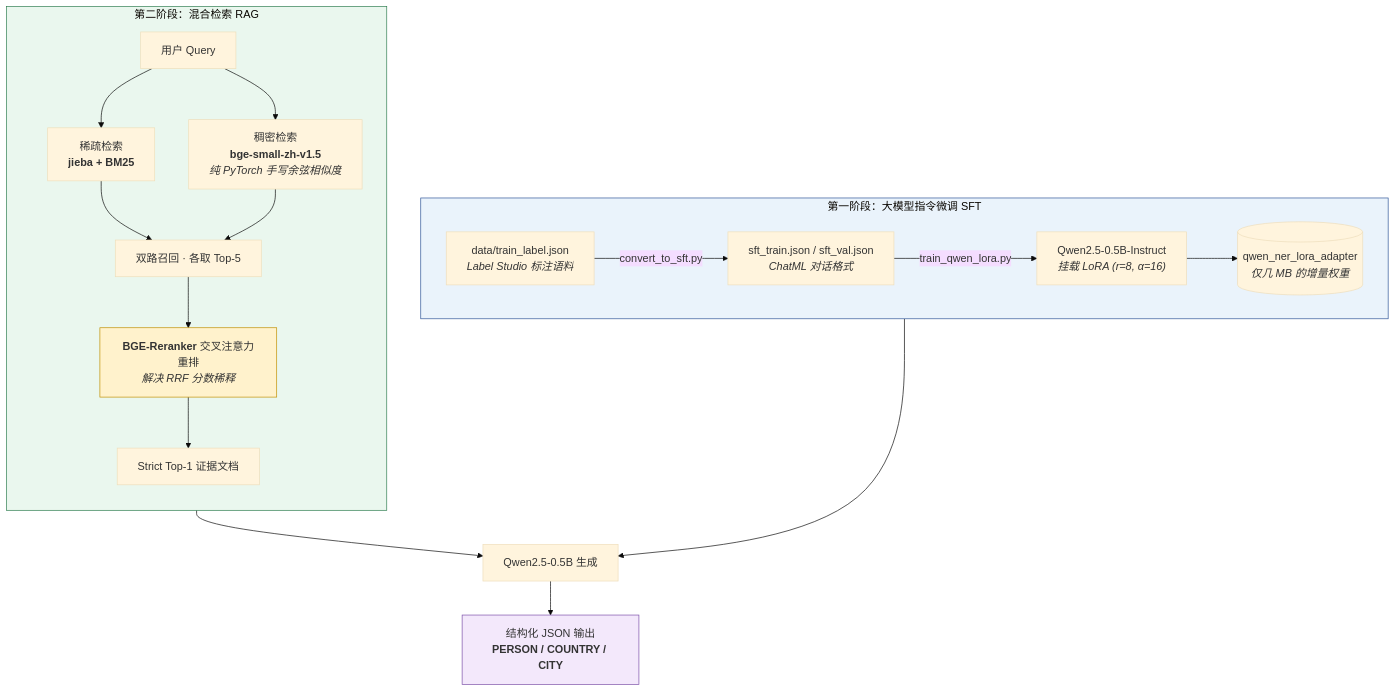
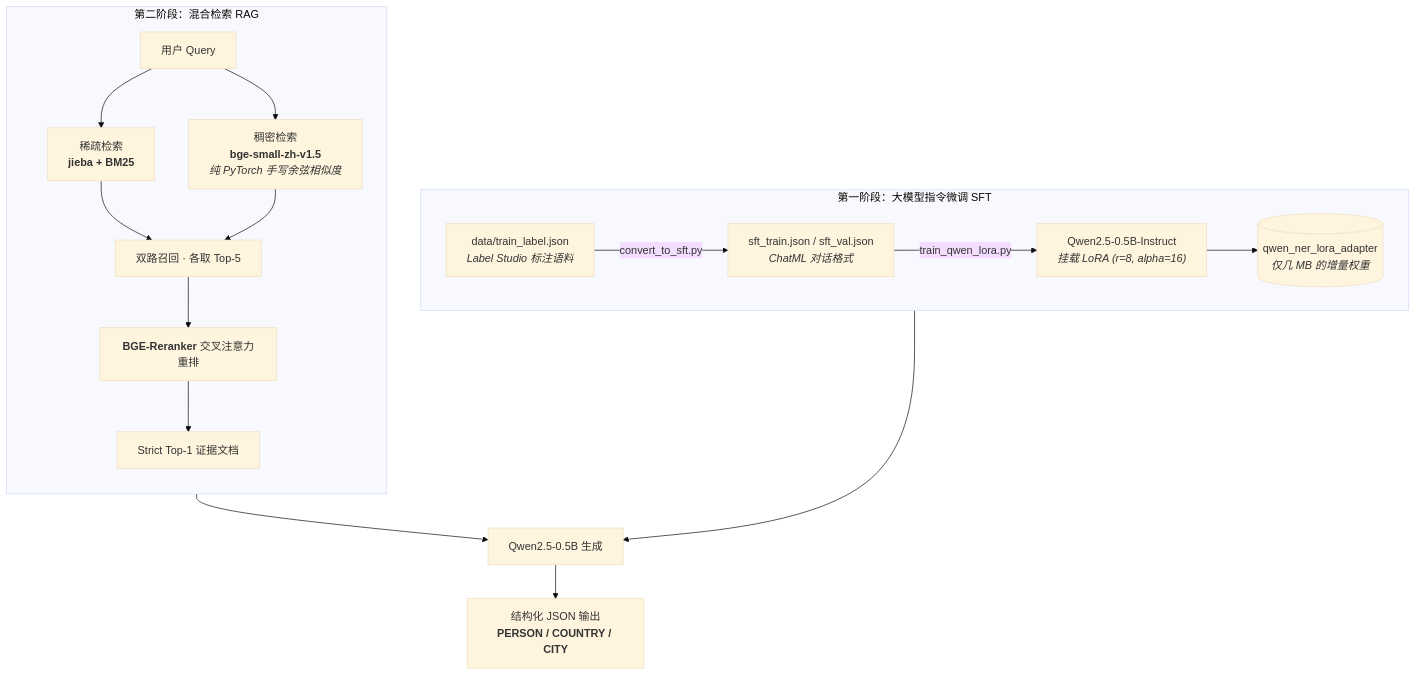
The diagram in README.md (carpool11/Qwen-RAG-NER-Pipeline), drawn with Mermaid (base theme) before and after one commit. The commit also changed other lines of this file, not shown here.

````diff
--- a/README.md
+++ b/README.md
@@ -12,28 +18,23 @@
 ```mermaid
 flowchart TB
     subgraph P1["第一阶段：大模型指令微调 SFT"]
         direction LR
         A["data/train_label.json<br/><i>Label Studio 标注语料</i>"] -->|convert_to_sft.py| B["sft_train.json / sft_val.json<br/><i>ChatML 对话格式</i>"]
-        B -->|train_qwen_lora.py| C["Qwen2.5-0.5B-Instruct<br/><i>挂载 LoRA (r=8, α=16)</i>"]
+        B -->|train_qwen_lora.py| C["Qwen2.5-0.5B-Instruct<br/><i>挂载 LoRA (r=8, alpha=16)</i>"]
         C --> D[("qwen_ner_lora_adapter<br/><i>仅几 MB 的增量权重</i>")]
     end
 
     subgraph P2["第二阶段：混合检索 RAG"]
         direction TB
         Q["用户 Query"] --> S["稀疏检索<br/><b>jieba + BM25</b>"]
         Q --> V["稠密检索<br/><b>bge-small-zh-v1.5</b><br/><i>纯 PyTorch 手写余弦相似度</i>"]
         S --> R["双路召回 · 各取 Top-5"]
         V --> R
-        R --> X["<b>BGE-Reranker</b> 交叉注意力重排<br/><i>解决 RRF 分数稀释</i>"]
+        R --> X["<b>BGE-Reranker</b> 交叉注意力重排"]
         X --> K["Strict Top-1 证据文档"]
     end
 
     D --> G["Qwen2.5-0.5B 生成"]
     K --> G
     G --> O["结构化 JSON 输出<br/><b>PERSON / COUNTRY / CITY</b>"]
-
-    style P1 fill:#EAF3FB,stroke:#2F5597
-    style P2 fill:#EAF7EE,stroke:#2E7D4F
-    style X fill:#FFF2CC,stroke:#BF8F00
-    style O fill:#F3E8FB,stroke:#7B4FA8
 ```
````
